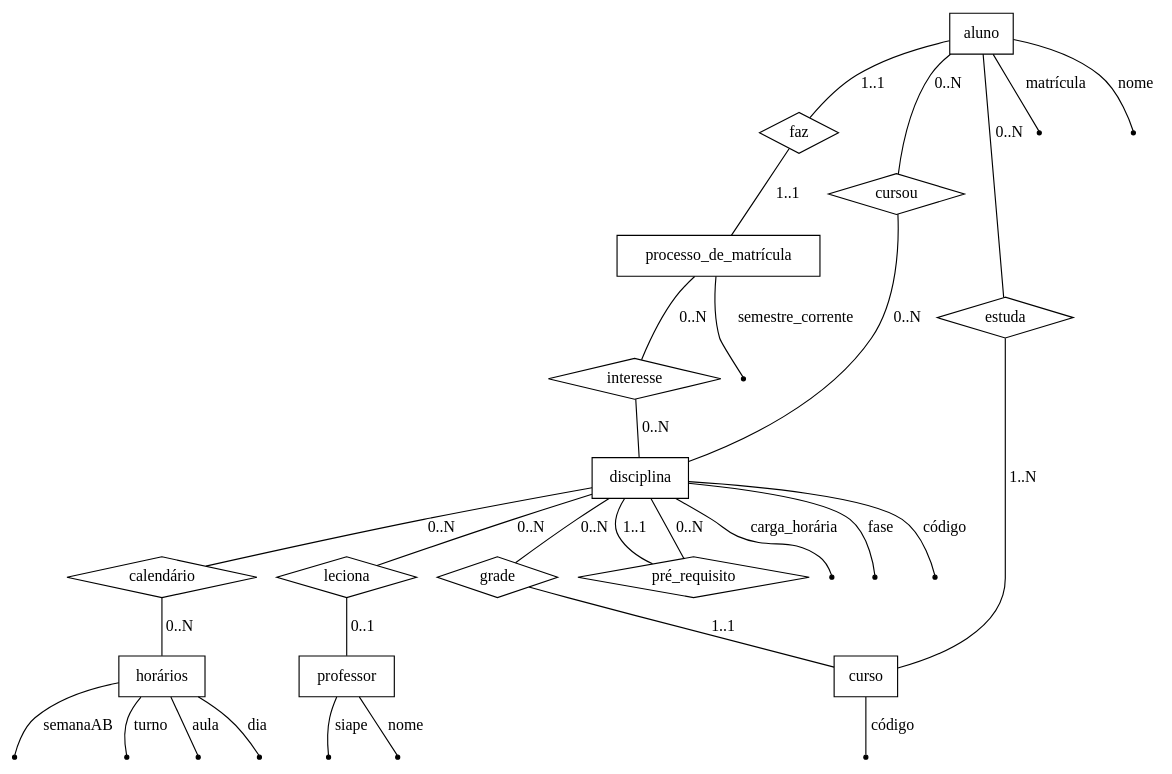
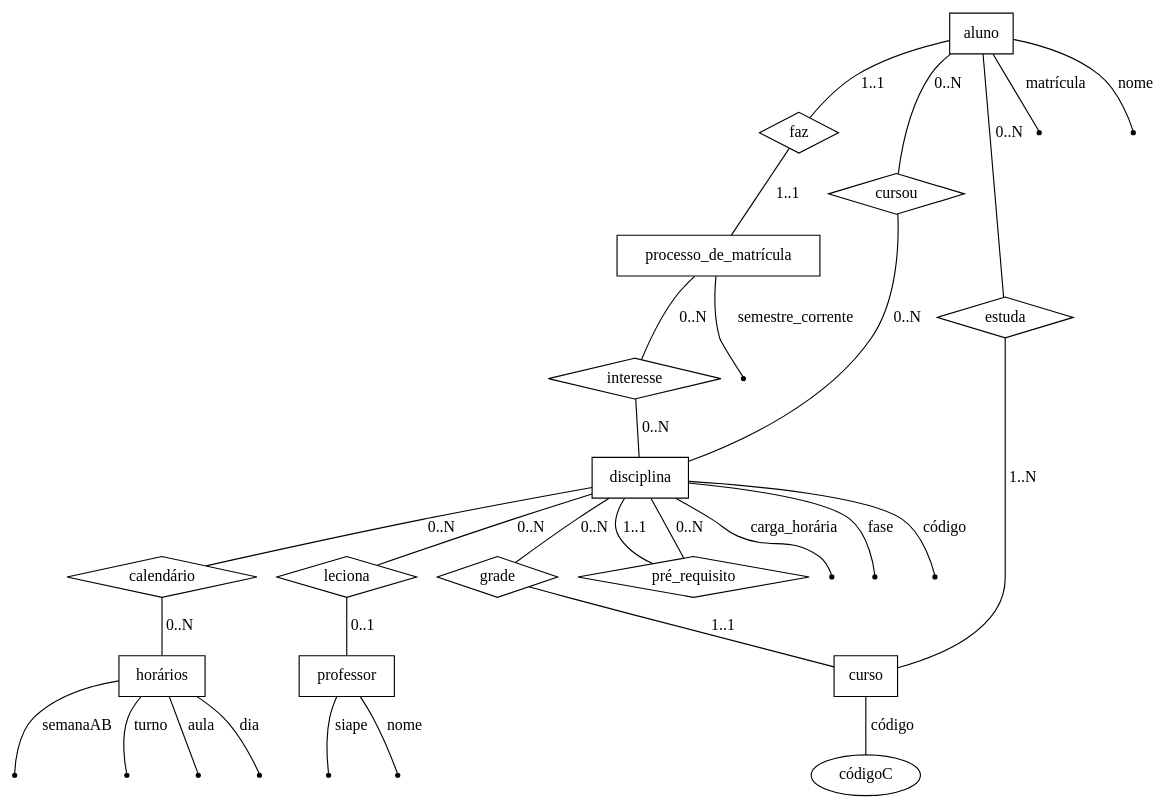
One commit to krol08/BCD-29008 changed the diagram in diagramaER.dot. Above: the diagram before and after it, drawn with Graphviz.

Commit message:
teste_controle_de_versao

```diff
--- a/diagramaER.dot
+++ b/diagramaER.dot
@@ -1,77 +1,77 @@
 graph diagramaER{
 
 	//entidades
 	aluno [shape = record]
 	disciplina [shape = record]
 	processo_de_matrícula [shape = record]
 	horários [shape = record]
 	professor [shape = record]
 	curso [shape = record]
 
 	//relacionamento
 	cursou [shape=diamond] // entidade associativa e possui atributo semestre.
 	faz [shape=diamond]
 	interesse [shape=diamond]
 	estuda [shape=diamond]
 	pré_requisito [shape=diamond]
 	calendário [shape=diamond]  // entidade associativa e possui atributo semestre_corrente.
 	grade [shape=diamond]
 	leciona [shape=diamond]
 
 	//atributos
 	matrícula [shape = point]
 	nome [shape = point]
 	semestre_corrente [shape = point]
 	carga_horária  [shape = point]
 	fase  [shape = point]
 	siape  [shape = point]
 	turno  [shape = point]
 	aula [shape = point]
 	dia  [shape = point]
 	semanaAB  [shape = point]
 	nomeP [shape = point]
 	código [shape = point]
-	códigoC [shape = point]
+	código [shape = point]
 
 	aluno -- matrícula [label = "matrícula"] // identificador do aluno.
 	aluno -- nome [label = "nome"]
 	processo_de_matrícula -- semestre_corrente [label = "semestre_corrente"]
 	disciplina -- carga_horária [label = "carga_horária"]
 	disciplina -- fase [label = "fase"]
 	disciplina -- código [label = "código"] // identificador de disciplina.
 	professor -- siape [label = "siape"] // identificador do professor.
 	professor -- nomeP [label = "nome"]
 	horários -- turno [label = "turno"]
 	horários -- aula [label = "aula"]
 	horários -- dia [label = "dia"]
 	horários -- semanaAB [label = "semanaAB"]
 	curso -- códigoC [label = "código"] // identificador de curso.
 
 	//ligação com cardinalidade
 	aluno -- cursou [label="0..N"]
 	cursou -- disciplina [label="0..N"]
 
 	aluno -- faz  [label="1..1"]
 	faz -- processo_de_matrícula [label="1..1"]
 
 	aluno -- estuda [label="0..N"]  
 	estuda -- curso [label="1..N"] 
 
 	processo_de_matrícula -- interesse [label="0..N"] 
 	interesse -- disciplina [label="0..N"]
 
 	disciplina -- pré_requisito [label="1..1"]
 	pré_requisito -- disciplina [label="0..N"]
 
 	disciplina -- calendário [label="0..N"]
 	calendário -- horários [label="0..N"]
 
 	disciplina -- grade [label="0..N"]
  	grade -- curso [label="1..1"]
 
 	disciplina -- leciona [label="0..N"] //vai dar problema mais tarde, pois quando tenho n, ele precisa de mais uma tabela.
 	leciona -- professor  [label="0..1"] 
 
 
 
 }
```
